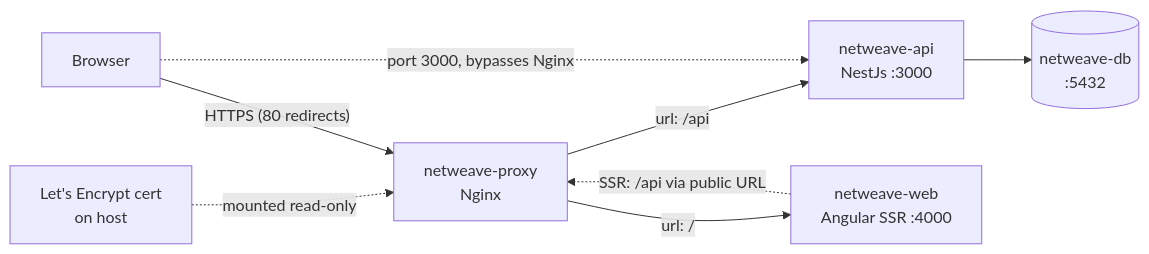
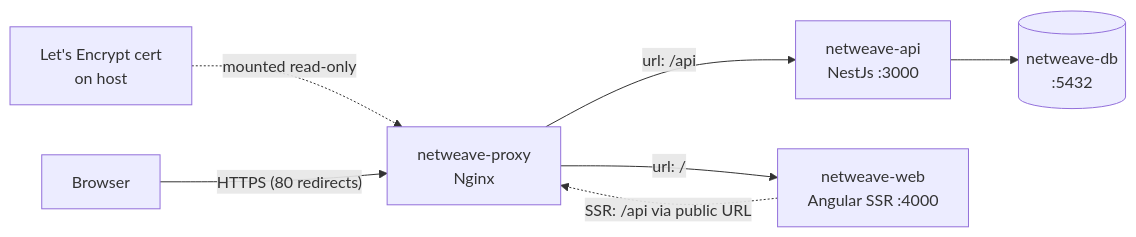
One commit to Netweave-Managed-Networking/netweave changed the diagram in README.md. Above: the diagram before and after it, drawn with Mermaid. The commit also changed other lines of this file and 1 other file, not shown here.

Commit message:
ci: remove exposed port for netweave-api to enhance security

````diff
--- a/README.md
+++ b/README.md
@@ -172,10 +170,9 @@
 ```mermaid
 flowchart LR
   C["Let's Encrypt cert<br/>on host"] -.->|"mounted read-only"| N
   B["Browser"] -->|"HTTPS (80 redirects)"| N["netweave-proxy<br/>Nginx"]
   N -->|"url: /api"| A["netweave-api<br/>NestJs :3000"]
   N -->|"url: /"| W["netweave-web<br/>Angular SSR :4000"]
   W -.->|"SSR: /api via public URL"| N
   A --> D[("netweave-db<br/>:5432")]
-  B -.->|"port 3000, bypasses Nginx"| A
 ```
````
